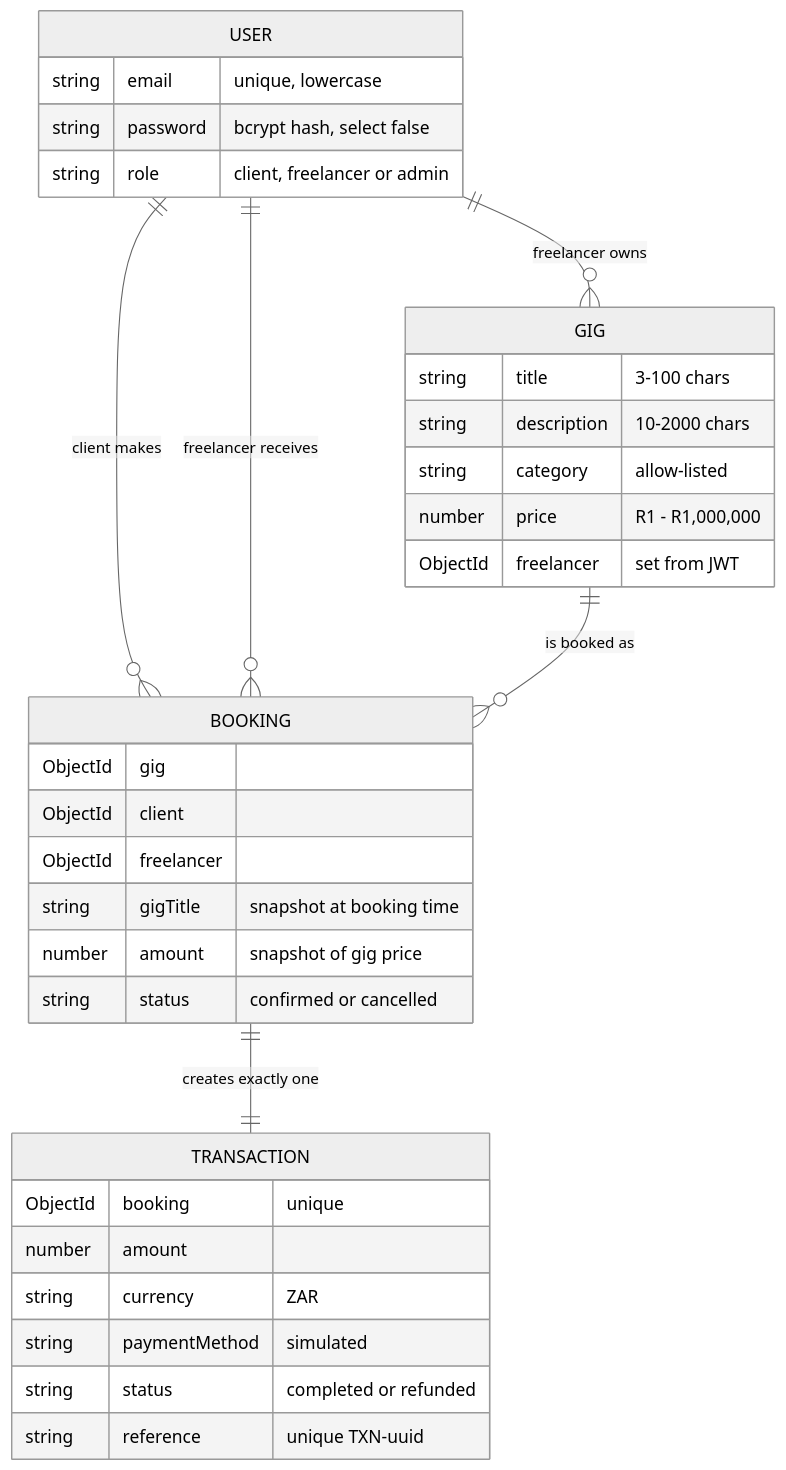
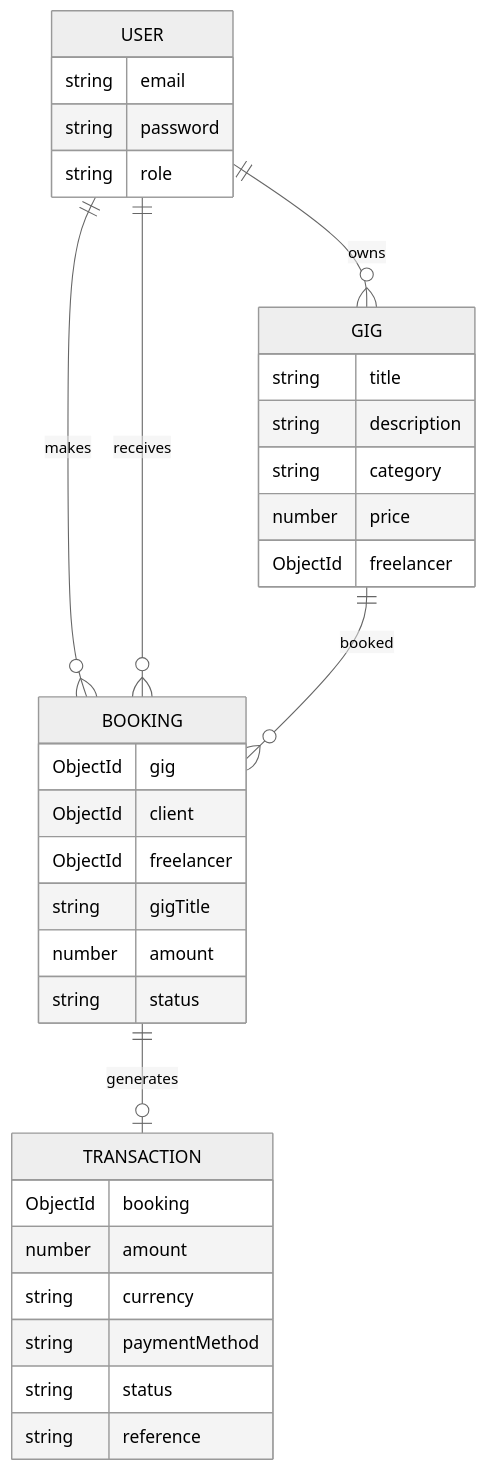
Before and after one commit to Pumpkin280205/HustleHub-: the second of 2 diagrams in README.md, drawn with Mermaid (neutral theme). The commit also changed other lines of this file, not shown here.

````diff
--- a/README.md
+++ b/README.md
@@ -162,37 +230,37 @@
-```mermaid
+``` mermaid
 erDiagram
-    USER ||--o{ GIG : "freelancer owns"
-    USER ||--o{ BOOKING : "client makes"
-    USER ||--o{ BOOKING : "freelancer receives"
-    GIG ||--o{ BOOKING : "is booked as"
-    BOOKING ||--|| TRANSACTION : "creates exactly one"
+    USER ||--o{ GIG : owns
+    USER ||--o{ BOOKING : makes
+    USER ||--o{ BOOKING : receives
+    GIG ||--o{ BOOKING : booked
+    BOOKING ||--o| TRANSACTION : generates
 
     USER {
-        string email "unique, lowercase"
-        string password "bcrypt hash, select false"
-        string role "client, freelancer or admin"
+        string email
+        string password
+        string role
     }
     GIG {
-        string title "3-100 chars"
-        string description "10-2000 chars"
-        string category "allow-listed"
-        number price "R1 - R1,000,000"
-        ObjectId freelancer "set from JWT"
+        string title
+        string description
+        string category
+        number price
+        ObjectId freelancer
     }
     BOOKING {
         ObjectId gig
         ObjectId client
         ObjectId freelancer
-        string gigTitle "snapshot at booking time"
-        number amount "snapshot of gig price"
-        string status "confirmed or cancelled"
+        string gigTitle
+        number amount
+        string status
     }
     TRANSACTION {
-        ObjectId booking "unique"
+        ObjectId booking
         number amount
-        string currency "ZAR"
-        string paymentMethod "simulated"
-        string status "completed or refunded"
-        string reference "unique TXN-uuid"
+        string currency
+        string paymentMethod
+        string status
+        string reference
     }
 ```
````
